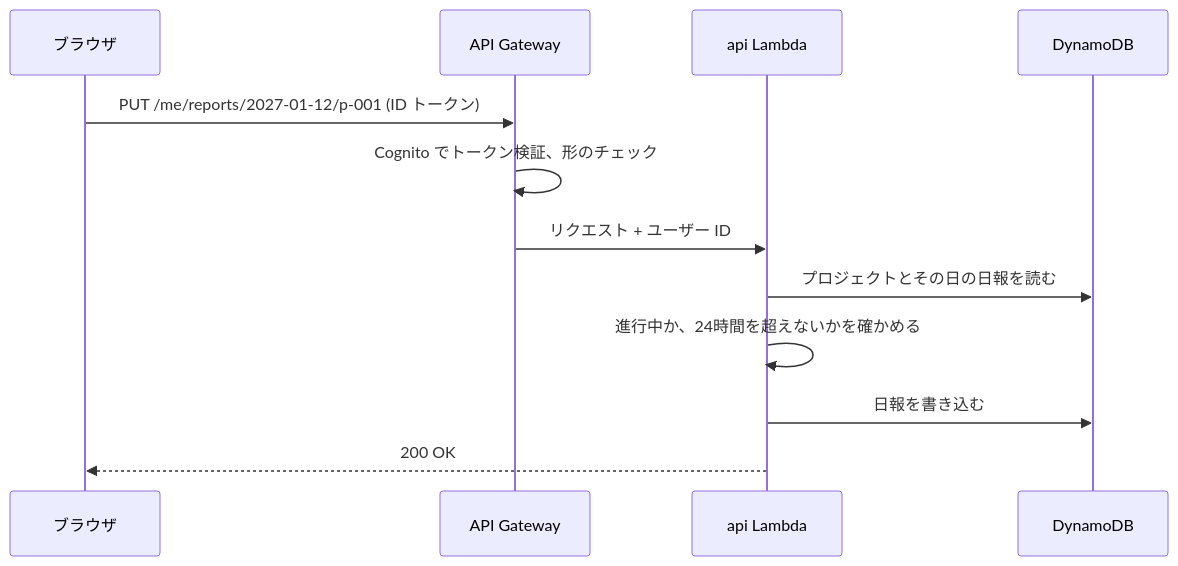
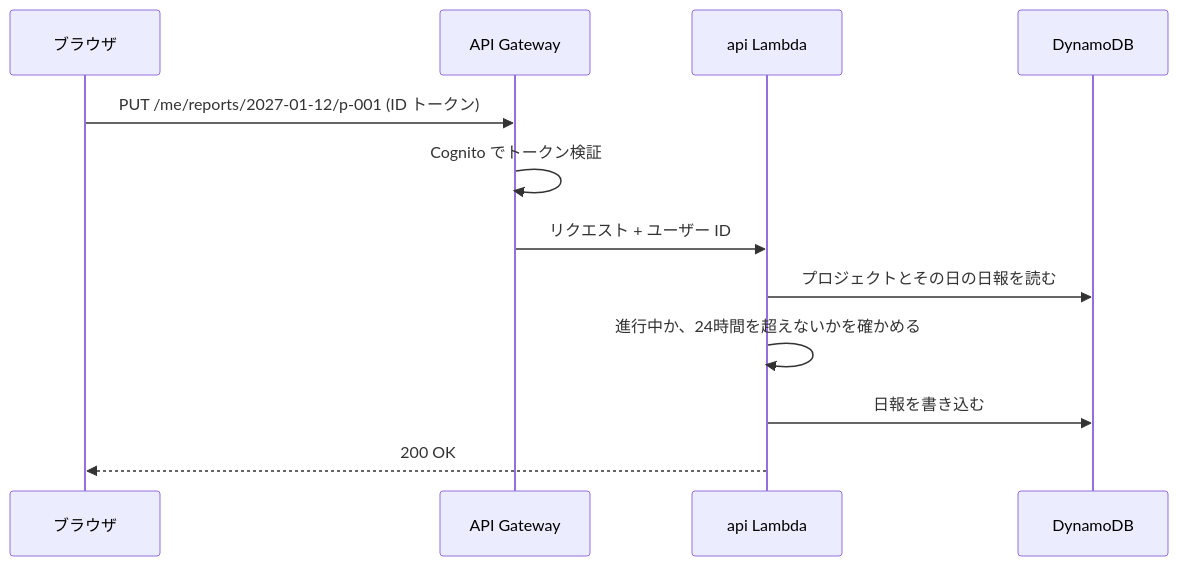
Before and after one commit to igx-dev/work-hours-report: the second of 2 diagrams in docs/02_architecture.md, drawn with Mermaid. The commit also changed other lines of this file and 36 other files, not shown here.

````diff
--- a/docs/02_architecture.md
+++ b/docs/02_architecture.md
@@ -59,15 +59,15 @@
 ```mermaid
 sequenceDiagram
   participant B as ブラウザ
   participant G as API Gateway
   participant L as api Lambda
   participant D as DynamoDB
 
   B->>G: PUT /me/reports/2027-01-12/p-001 (ID トークン)
-  G->>G: Cognito でトークン検証、形のチェック
+  G->>G: Cognito でトークン検証
   G->>L: リクエスト + ユーザー ID
   L->>D: プロジェクトとその日の日報を読む
   L->>L: 進行中か、24時間を超えないかを確かめる
   L->>D: 日報を書き込む
   L-->>B: 200 OK
 ```
````
